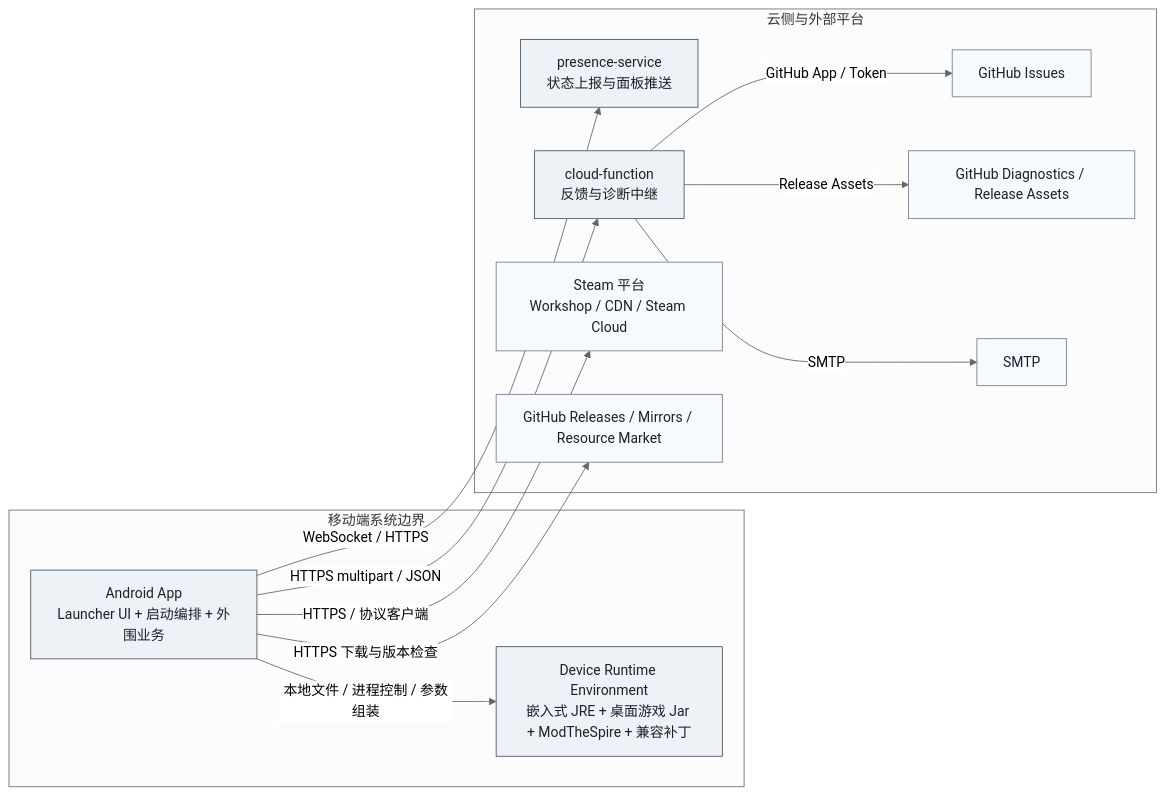
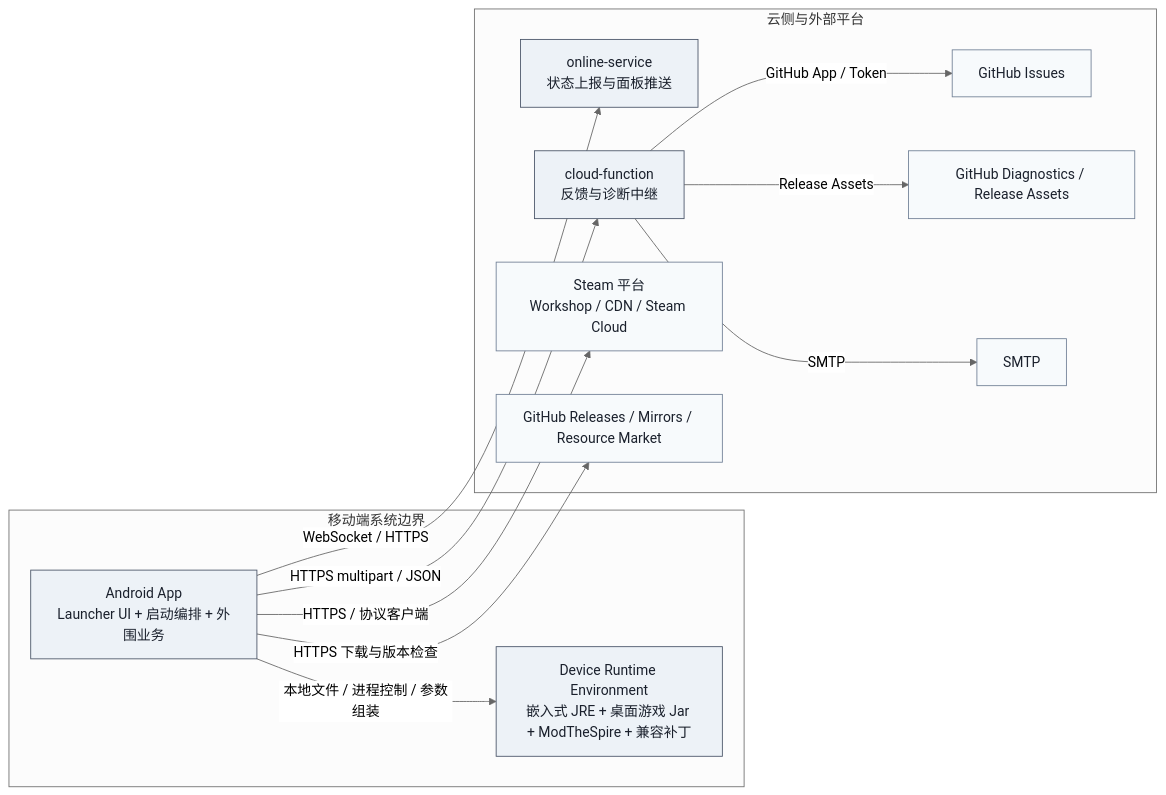
The second of 6 diagrams in docs/system-architecture-report.md (ModinMobileSTS/SlayTheAmethystModded), drawn with Mermaid (neutral theme) before and after one commit. The commit also changed other lines of this file and 32 other files, not shown here.

Commit message:
chores: rename presence-service to online-service

````diff
--- a/docs/system-architecture-report.md
+++ b/docs/system-architecture-report.md
@@ -86,30 +86,30 @@
 ```mermaid
 flowchart LR
     subgraph Mobile["移动端系统边界"]
         App["Android App<br/>Launcher UI + 启动编排 + 外围业务"]:::container
         Runtime["Device Runtime Environment<br/>嵌入式 JRE + 桌面游戏 Jar + ModTheSpire + 兼容补丁"]:::container
     end
 
     subgraph Cloud["云侧与外部平台"]
-        Presence["presence-service<br/>状态上报与面板推送"]:::container
+        Presence["online-service<br/>状态上报与面板推送"]:::container
         FeedbackRelay["cloud-function<br/>反馈与诊断中继"]:::container
         Steam["Steam 平台<br/>Workshop / CDN / Steam Cloud"]:::external
         GitHubIssues["GitHub Issues"]:::external
         GitHubAssets["GitHub Diagnostics / Release Assets"]:::external
         UpdateSources["GitHub Releases / Mirrors / Resource Market"]:::external
         Mail["SMTP"]:::external
     end
 
     App -->|"本地文件 / 进程控制 / 参数组装"| Runtime
     App -->|"WebSocket / HTTPS"| Presence
     App -->|"HTTPS multipart / JSON"| FeedbackRelay
     App -->|"HTTPS / 协议客户端"| Steam
     App -->|"HTTPS 下载与版本检查"| UpdateSources
 
     FeedbackRelay -->|"GitHub App / Token"| GitHubIssues
     FeedbackRelay -->|"Release Assets"| GitHubAssets
     FeedbackRelay -->|"SMTP"| Mail
 
     classDef container fill:#edf2f7,stroke:#4a5568,color:#1a202c;
     classDef external fill:#f7fafc,stroke:#718096,color:#1a202c;
 ```
````
